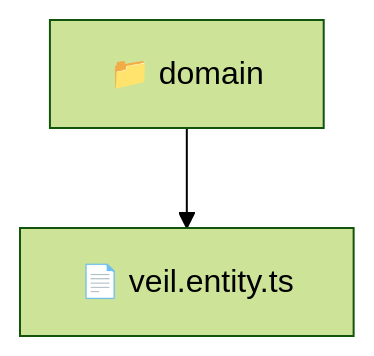
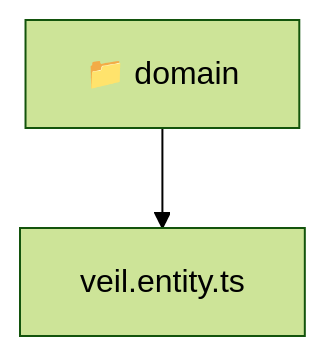
The diagram in backend/src/modules/veil/domain/README.md (beginwebdev2002/fullstack-mavluda), drawn with Mermaid (forest theme) before and after one commit. The commit also changed other lines of this file and 167 other files, not shown here.

````diff
--- a/backend/src/modules/veil/domain/README.md
+++ b/backend/src/modules/veil/domain/README.md
@@ -9,5 +9,6 @@
 ```mermaid
 graph TD
-  Root["📁 domain"]
-  Root --> veil_entity_ts["📄 veil.entity.ts"]
+  Root_domain["📁 domain"]
+  f_veil_entity_ts["veil.entity.ts"]
+  Root_domain --> f_veil_entity_ts
 ```
````
